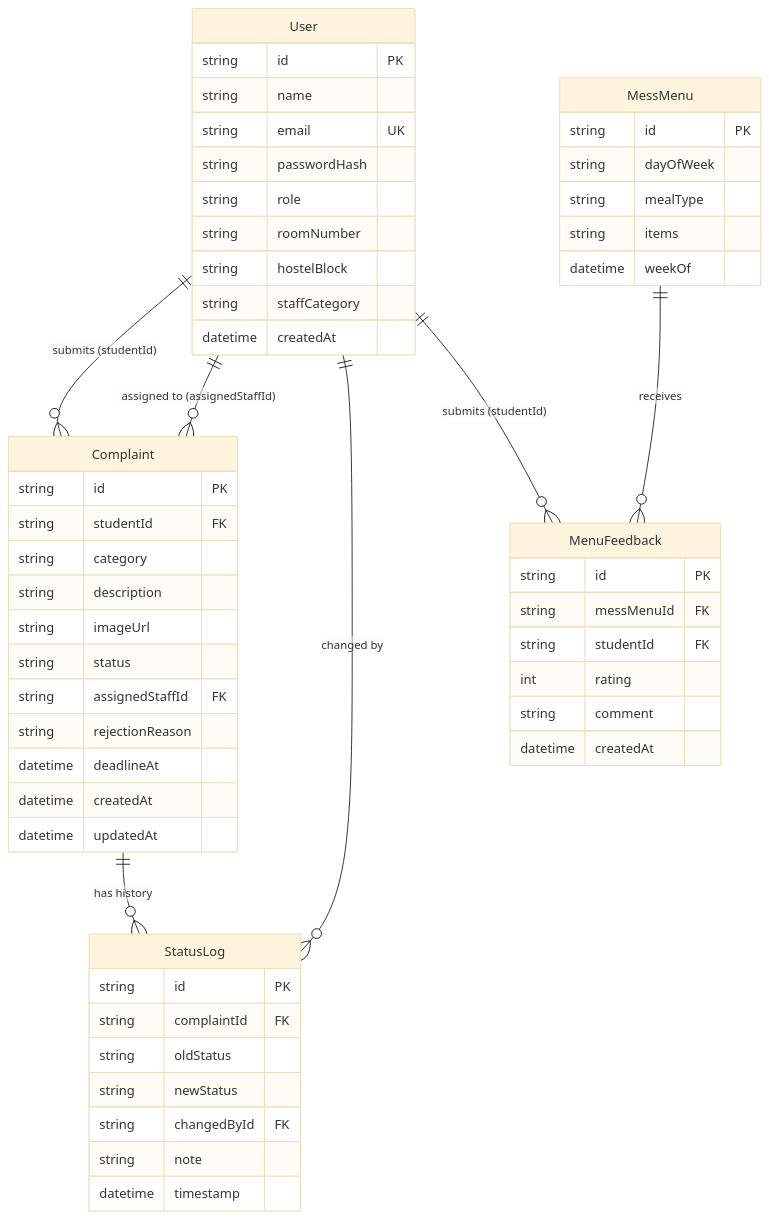
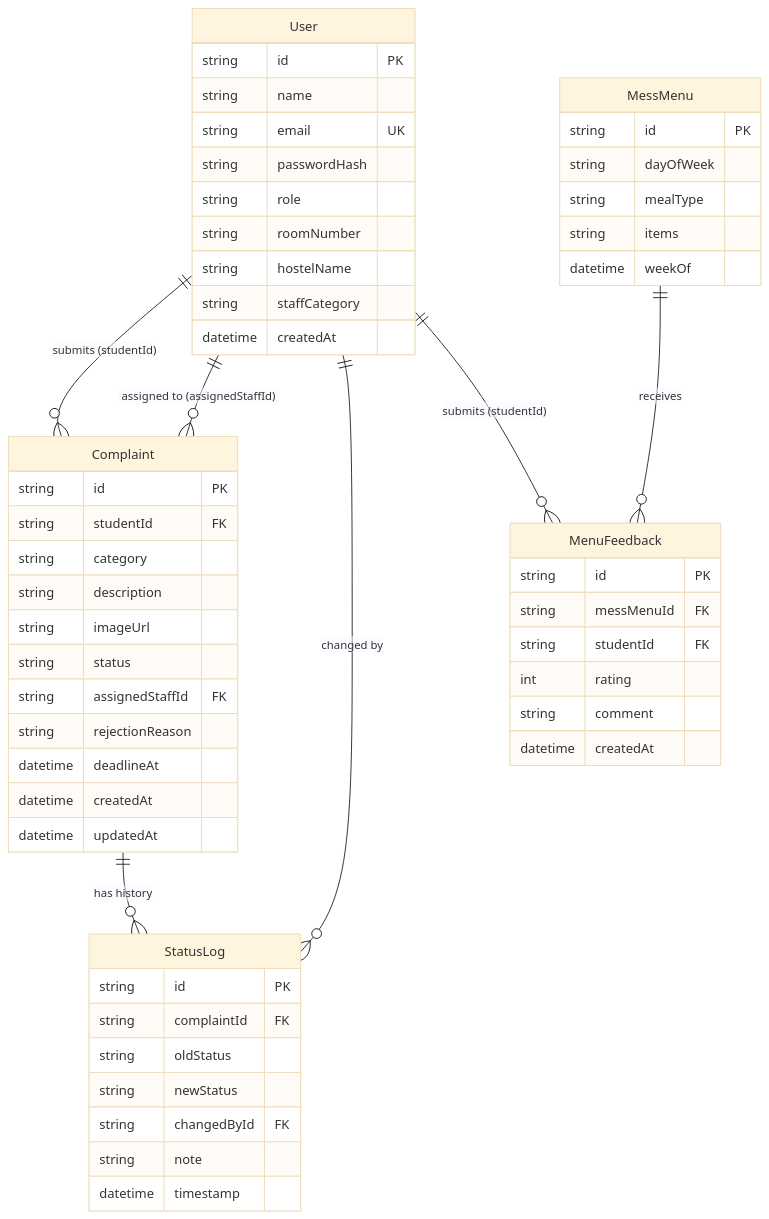
Before and after one commit to Jivitesh06/HostelFix: the diagram in docs/system-design/er-diagram.md, drawn with Mermaid (base theme). The commit also changed other lines of this file and 26 other files, not shown here.

Commit message:
feat: implement student email verification with OTP and remove hostel block

````diff
--- a/docs/system-design/er-diagram.md
+++ b/docs/system-design/er-diagram.md
@@ -17,62 +17,62 @@
 ```mermaid
 erDiagram
     User {
         string id PK
         string name
         string email UK
         string passwordHash
         string role
         string roomNumber
-        string hostelBlock
+        string hostelName
         string staffCategory
         datetime createdAt
     }
 
     Complaint {
         string id PK
         string studentId FK
         string category
         string description
         string imageUrl
         string status
         string assignedStaffId FK
         string rejectionReason
         datetime deadlineAt
         datetime createdAt
         datetime updatedAt
     }
 
     StatusLog {
         string id PK
         string complaintId FK
         string oldStatus
         string newStatus
         string changedById FK
         string note
         datetime timestamp
     }
 
     MessMenu {
         string id PK
         string dayOfWeek
         string mealType
         string items
         datetime weekOf
     }
 
     MenuFeedback {
         string id PK
         string messMenuId FK
         string studentId FK
         int rating
         string comment
         datetime createdAt
     }
 
     User ||--o{ Complaint : "submits (studentId)"
     User ||--o{ Complaint : "assigned to (assignedStaffId)"
     Complaint ||--o{ StatusLog : "has history"
     User ||--o{ StatusLog : "changed by"
     MessMenu ||--o{ MenuFeedback : "receives"
     User ||--o{ MenuFeedback : "submits (studentId)"
 ```
````
